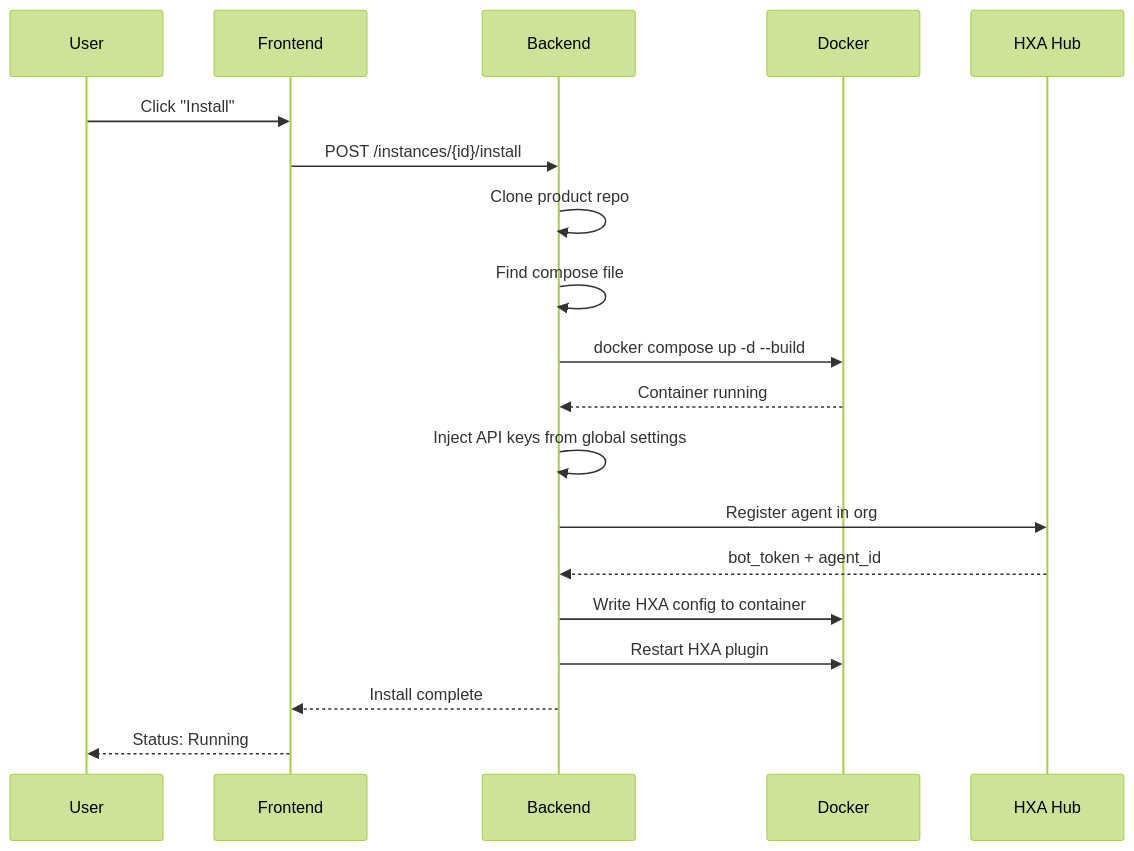
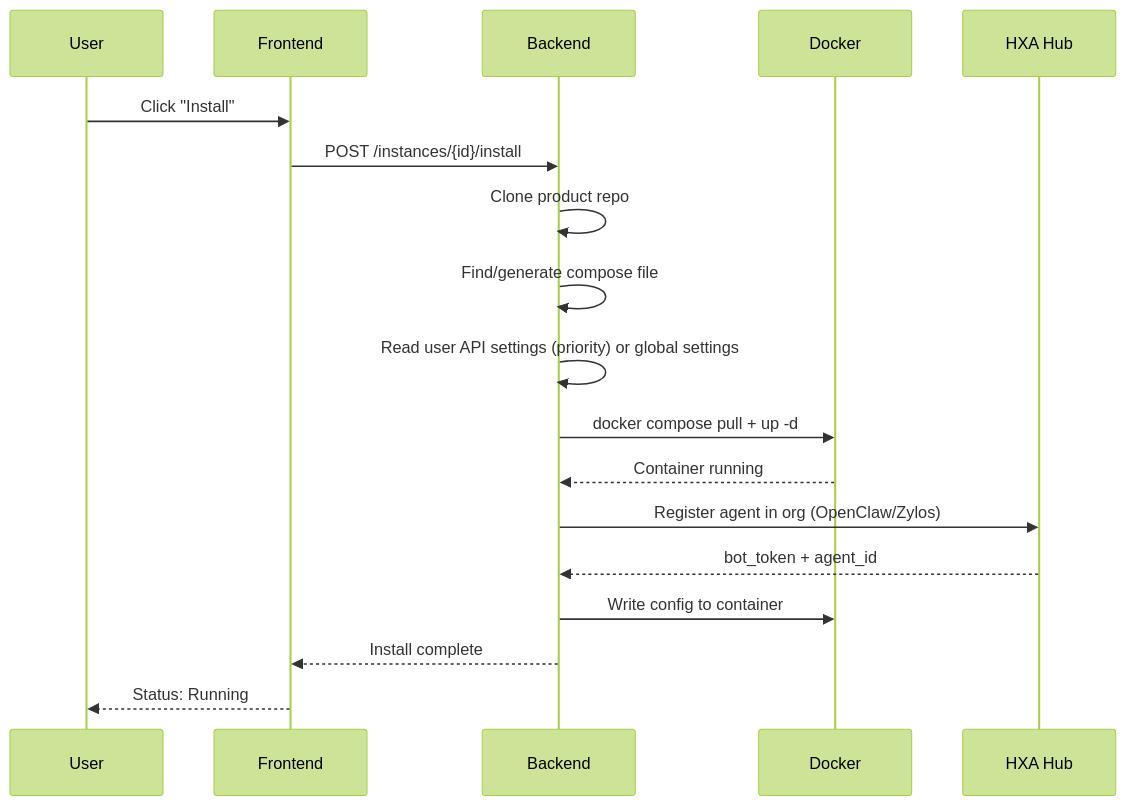
One commit to hypergraphdev/openclaw-hire changed the second of 2 diagrams in README.md. Above: the diagram before and after it, drawn with Mermaid (forest theme). The commit also changed other lines of this file, not shown here.

First line of the commit message:
docs: README 更新 — 新增 Hermes Agent、Thread QC、用户设置等功能说明

````diff
--- a/README.md
+++ b/README.md
@@ -227,22 +206,21 @@
 ```mermaid
 sequenceDiagram
     participant U as User
     participant FE as Frontend
     participant BE as Backend
     participant D as Docker
     participant Hub as HXA Hub
 
     U->>FE: Click "Install"
     FE->>BE: POST /instances/{id}/install
     BE->>BE: Clone product repo
-    BE->>BE: Find compose file
-    BE->>D: docker compose up -d --build
+    BE->>BE: Find/generate compose file
+    BE->>BE: Read user API settings (priority) or global settings
+    BE->>D: docker compose pull + up -d
     D-->>BE: Container running
-    BE->>BE: Inject API keys from global settings
-    BE->>Hub: Register agent in org
+    BE->>Hub: Register agent in org (OpenClaw/Zylos)
     Hub-->>BE: bot_token + agent_id
-    BE->>D: Write HXA config to container
-    BE->>D: Restart HXA plugin
+    BE->>D: Write config to container
     BE-->>FE: Install complete
     FE-->>U: Status: Running
 ```
````
